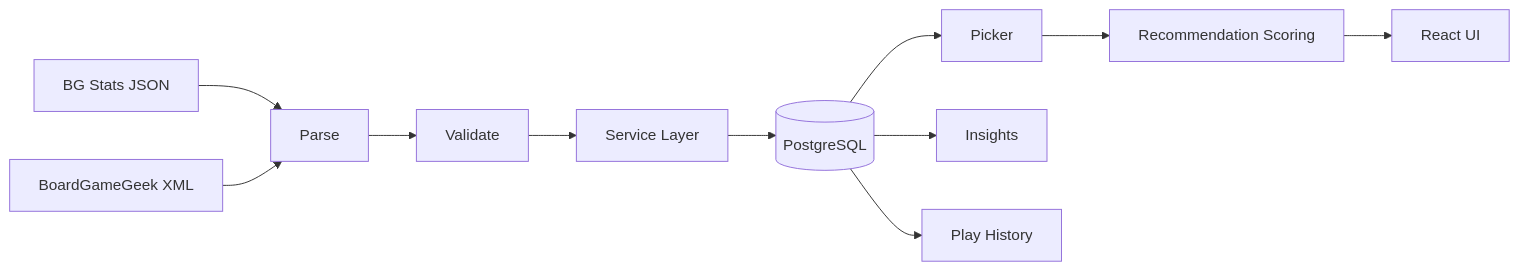
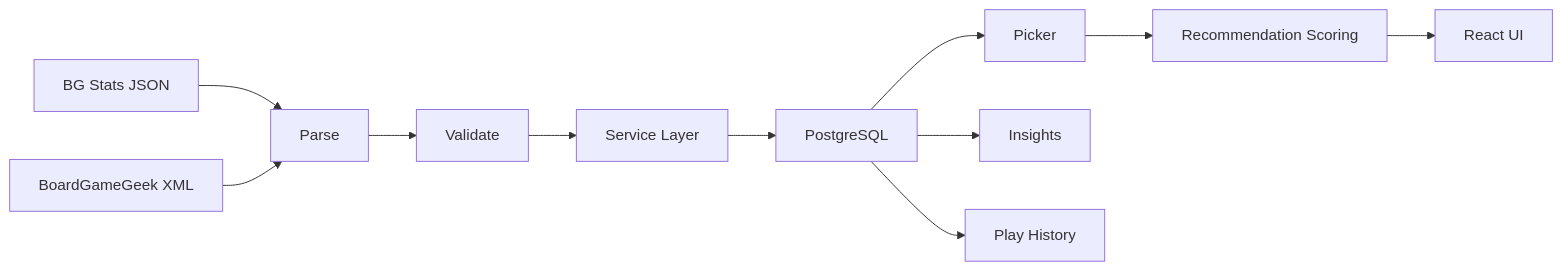
One commit to thomasrawnson/board-game-picker changed the first of 2 diagrams in README.md. Above: the diagram before and after it, drawn with Mermaid. The commit also changed other lines of this file, not shown here.

Commit message:
Fix README architecture diagrams

````diff
--- a/README.md
+++ b/README.md
@@ -36,13 +36,13 @@
 ```mermaid
 flowchart LR
-    A[BG Stats JSON] --> C[Parse]
-    B[BoardGameGeek XML] --> C
-    C --> D[Validate]
-    D --> E[Service Layer]
-    E --> F[(PostgreSQL)]
-    F --> G[Picker]
-    F --> H[Insights]
-    F --> I[Play History]
-    G --> J[Recommendation Scoring]
-    J --> K[React UI]
+    A["BG Stats JSON"] --> C["Parse"]
+    B["BoardGameGeek XML"] --> C
+    C --> D["Validate"]
+    D --> E["Service Layer"]
+    E --> F["PostgreSQL"]
+    F --> G["Picker"]
+    F --> H["Insights"]
+    F --> I["Play History"]
+    G --> J["Recommendation Scoring"]
+    J --> K["React UI"]
 ```
````
